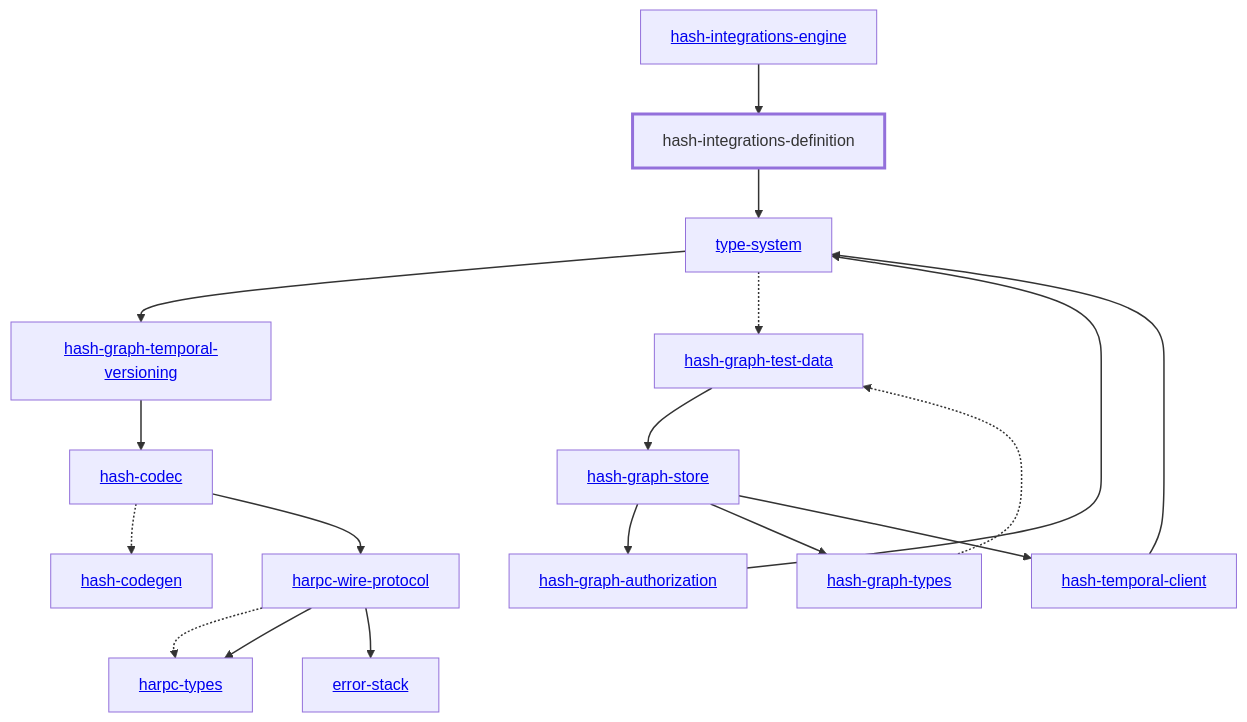
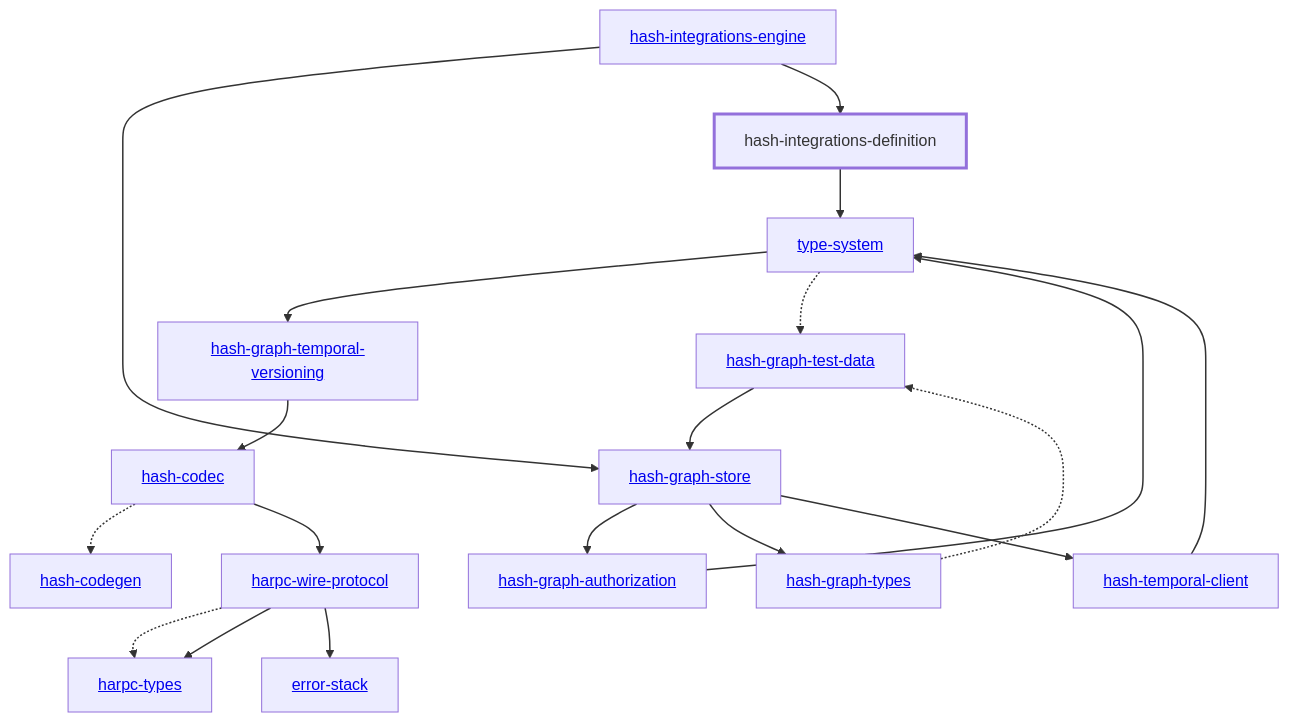
Before and after one commit to hashintel/hash: the diagram in libs/@local/integrations/definition/docs/dependency-diagram.mmd, drawn with Mermaid. The commit also changed 21 other files, not shown here.

```diff
--- a/libs/@local/integrations/definition/docs/dependency-diagram.mmd
+++ b/libs/@local/integrations/definition/docs/dependency-diagram.mmd
@@ -1,42 +1,43 @@
 graph TD
     linkStyle default stroke-width:1.5px
     classDef default stroke-width:1px
     classDef root stroke-width:3px
     classDef dev stroke-width:1px
     classDef build stroke-width:1px
     %% Legend
     %% --> : Normal dependency
     %% -.-> : Dev dependency
     %% ---> : Build dependency
     0[<a href="../type_system/index.html">type-system</a>]
     1[<a href="../hash_codec/index.html">hash-codec</a>]
     2[<a href="../hash_codegen/index.html">hash-codegen</a>]
     3[<a href="../hash_graph_authorization/index.html">hash-graph-authorization</a>]
     4[<a href="../hash_graph_store/index.html">hash-graph-store</a>]
     5[<a href="../hash_graph_temporal_versioning/index.html">hash-graph-temporal-versioning</a>]
     6[<a href="../hash_graph_types/index.html">hash-graph-types</a>]
     7[<a href="../harpc_types/index.html">harpc-types</a>]
     8[<a href="../harpc_wire_protocol/index.html">harpc-wire-protocol</a>]
     9[hash-integrations-definition]
     class 9 root
     10[<a href="../hash_integrations_engine/index.html">hash-integrations-engine</a>]
     11[<a href="../hash_temporal_client/index.html">hash-temporal-client</a>]
     12[<a href="../error_stack/index.html">error-stack</a>]
     13[<a href="../hash_graph_test_data/index.html">hash-graph-test-data</a>]
     0 --> 5
     0 -.-> 13
     1 -.-> 2
     1 --> 8
     3 --> 0
     4 --> 3
     4 --> 6
     4 --> 11
     5 --> 1
     6 -.-> 13
     8 -.-> 7
     8 --> 7
     8 --> 12
     9 --> 0
+    10 --> 4
     10 --> 9
     11 --> 0
     13 --> 4
```
